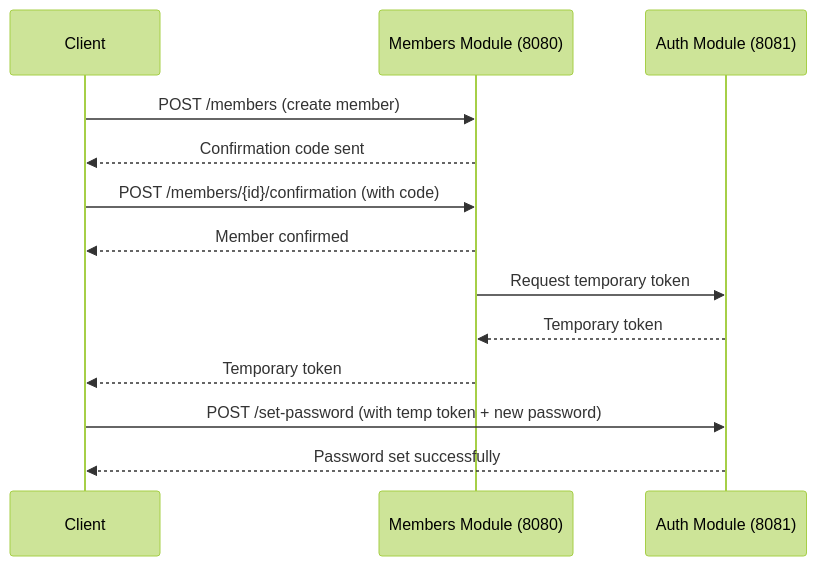
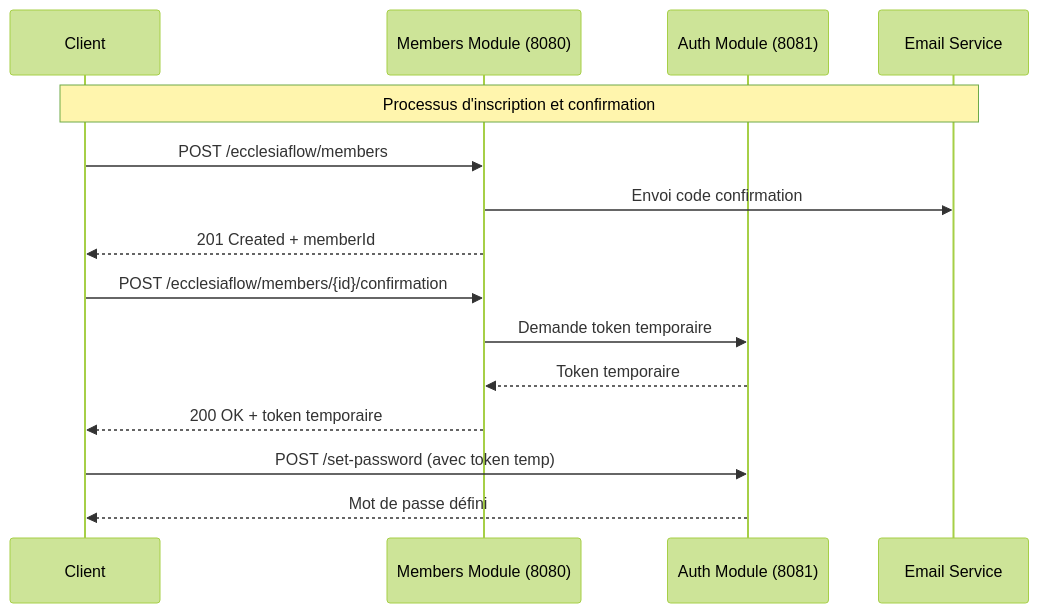
Before and after one commit to GYOM15/ecclesiaflow-members-module: the diagram in README.md, drawn with Mermaid (forest theme). The commit also changed other lines of this file, not shown here.

`````diff
--- a/README.md
+++ b/README.md
@@ -19,23 +46,21 @@
 ```mermaid
-
 sequenceDiagram
     participant Client
     participant Members as Members Module (8080)
     participant Auth as Auth Module (8081)
+    participant Email as Email Service
 
-    Client->>Members: POST /members (create member)
-    Members-->>Client: Confirmation code sent
+    Note over Client,Email: Processus d'inscription et confirmation
 
-    Client->>Members: POST /members/{id}/confirmation (with code)
-    Members-->>Client: Member confirmed
+    Client->>Members: POST /ecclesiaflow/members
+    Members->>Email: Envoi code confirmation
+    Members-->>Client: 201 Created + memberId
 
-    Members->>Auth: Request temporary token
-    Auth-->>Members: Temporary token
+    Client->>Members: POST /ecclesiaflow/members/{id}/confirmation
+    Members->>Auth: Demande token temporaire
+    Auth-->>Members: Token temporaire
+    Members-->>Client: 200 OK + token temporaire
 
-    Members-->>Client: Temporary token
-
-    Client->>Auth: POST /set-password (with temp token + new password)
-    Auth-->>Client: Password set successfully
-
-
-````
+    Client->>Auth: POST /set-password (avec token temp)
+    Auth-->>Client: Mot de passe défini
+```
`````
